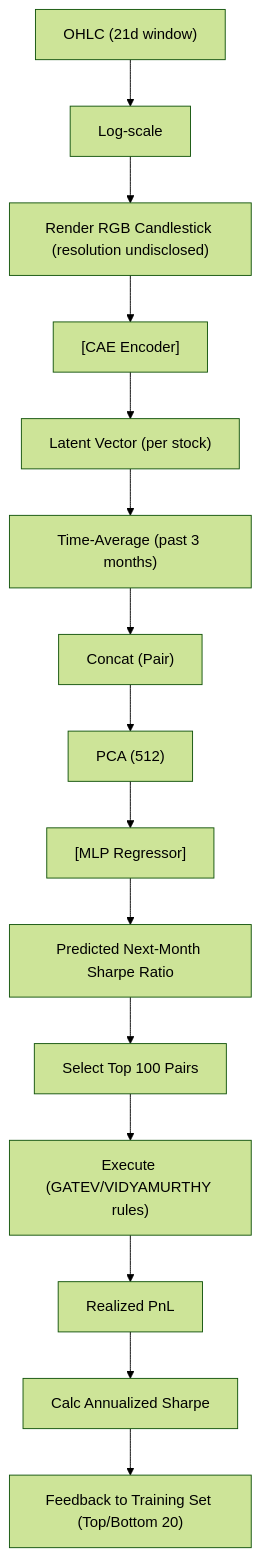
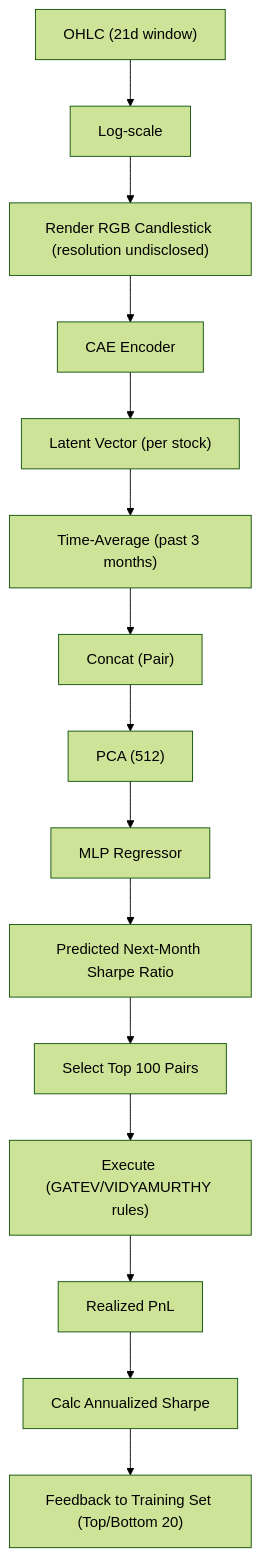
Before and after one commit to sou350121/Trading-Handbook: the diagram in foundations/time-series-forecasting/isept.md, drawn with Mermaid (forest theme). The commit also changed 191 other files, not shown here.

First line of the commit message:
render: fix math + mermaid for GitHub across the corpus (188 pages)

````diff
--- a/foundations/time-series-forecasting/isept.md
+++ b/foundations/time-series-forecasting/isept.md
@@ -33,17 +33,17 @@
 ```mermaid
 flowchart TD
     N1["OHLC (21d window)"] --> N2["Log-scale"]
     N2 --> N3["Render RGB Candlestick (resolution undisclosed)"]
-    N3 --> N4["[CAE Encoder]"]
+    N3 --> N4["CAE Encoder"]
     N4 --> N5["Latent Vector (per stock)"]
     N5 --> N6["Time-Average (past 3 months)"]
     N6 --> N7["Concat (Pair)"]
     N7 --> N8["PCA (512)"]
-    N8 --> N9["[MLP Regressor]"]
+    N8 --> N9["MLP Regressor"]
     N9 --> N10["Predicted Next-Month Sharpe Ratio"]
     N10 --> N11["Select Top 100 Pairs"]
     N11 --> N12["Execute (GATEV/VIDYAMURTHY rules)"]
     N12 --> N13["Realized PnL"]
     N13 --> N14["Calc Annualized Sharpe"]
     N14 --> N15["Feedback to Training Set (Top/Bottom 20)"]
 ```
````
